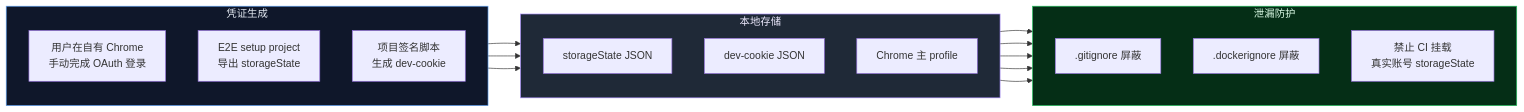
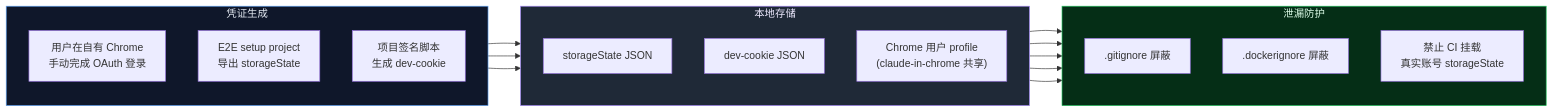
Before and after one commit to ThreeFish-AI/negentropy: the second of 3 diagrams in docs/agents/browser-validation.md, drawn with Mermaid. The commit also changed other lines of this file and 40 other files, not shown here.

````diff
--- a/docs/agents/browser-validation.md
+++ b/docs/agents/browser-validation.md
@@ -132,33 +157,33 @@
 ```mermaid
 flowchart LR
   subgraph 生成["凭证生成"]
     direction TB
     A1["用户在自有 Chrome<br/>手动完成 OAuth 登录"]
     A2["E2E setup project<br/>导出 storageState"]
     A3["项目签名脚本<br/>生成 dev-cookie"]
   end
 
   subgraph 存储["本地存储"]
     direction TB
     B1["storageState JSON"]
     B2["dev-cookie JSON"]
-    B3["Chrome 主 profile"]
+    B3["Chrome 用户 profile<br/>(claude-in-chrome 共享)"]
   end
 
   subgraph 防护["泄漏防护"]
     direction TB
     C1[".gitignore 屏蔽"]
     C2[".dockerignore 屏蔽"]
     C3["禁止 CI 挂载<br/>真实账号 storageState"]
   end
 
   A1 --> B3
   A2 --> B1
   A3 --> B2
   B1 & B2 --> C1 & C2
   B3 --> C3
 
   style 生成 fill:#0f172a,stroke:#60a5fa,color:#e2e8f0
   style 存储 fill:#1f2937,stroke:#a78bfa,color:#ede9fe
   style 防护 fill:#052e16,stroke:#22c55e,color:#dcfce7
 ```
````
